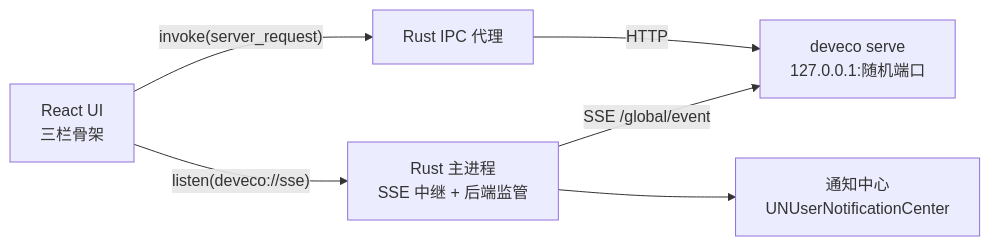
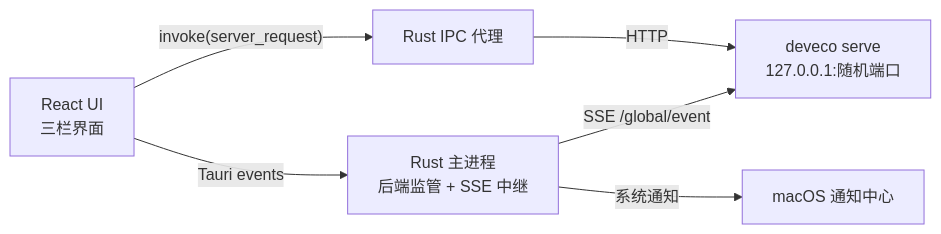
One commit to SherlockGougou/devecocode-desktop changed the diagram in README.md. Above: the diagram before and after it, drawn with Mermaid. The commit also changed other lines of this file and 9 other files, not shown here.

````diff
--- a/README.md
+++ b/README.md
@@ -44,8 +98,8 @@
 ```mermaid
 graph LR
-  UI["React UI<br/>三栏骨架"] -- "invoke(server_request)" --> IPC["Rust IPC 代理"]
-  UI -- "listen(deveco://sse)" --> EV["Rust 主进程<br/>SSE 中继 + 后端监管"]
+  UI["React UI<br/>三栏界面"] -- "invoke(server_request)" --> IPC["Rust IPC 代理"]
+  UI -- "Tauri events" --> MAIN["Rust 主进程<br/>后端监管 + SSE 中继"]
   IPC -- "HTTP" --> CLI["deveco serve<br/>127.0.0.1:随机端口"]
-  EV -- "SSE /global/event" --> CLI
-  EV --> N["通知中心<br/>UNUserNotificationCenter"]
+  MAIN -- "SSE /global/event" --> CLI
+  MAIN -- "系统通知" --> N["macOS 通知中心"]
 ```
````
